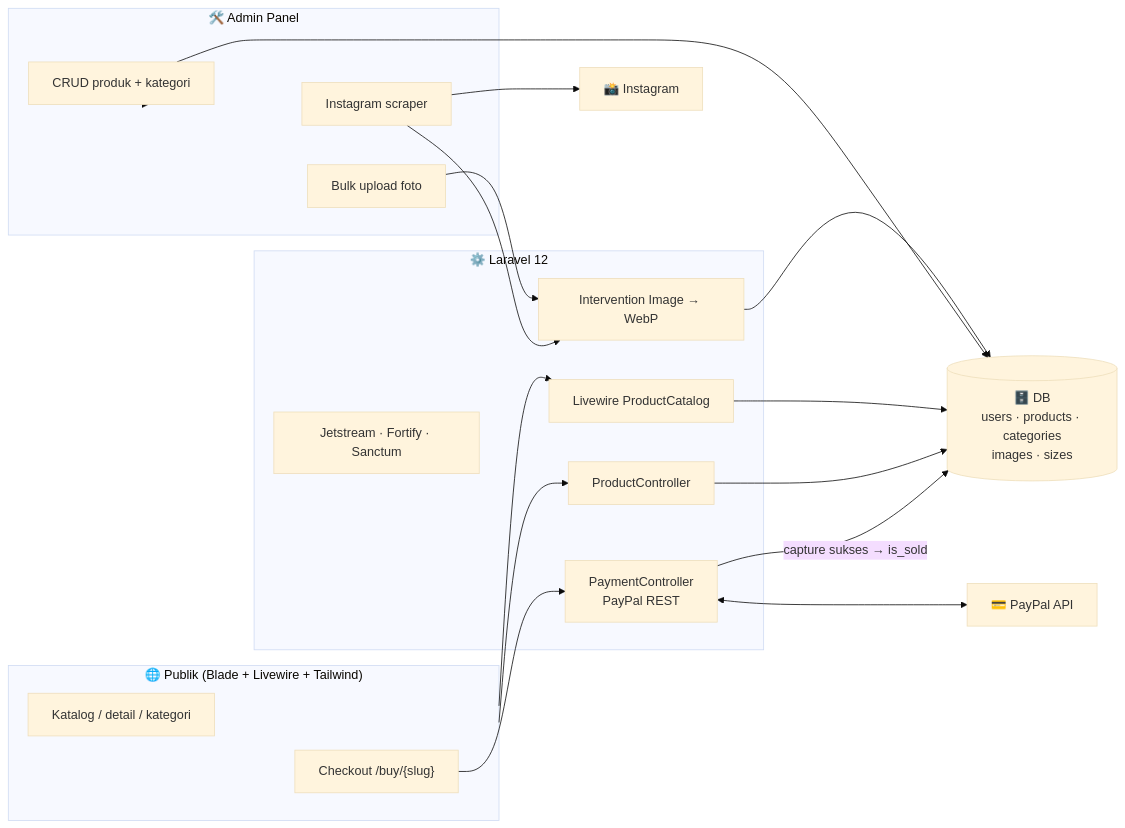
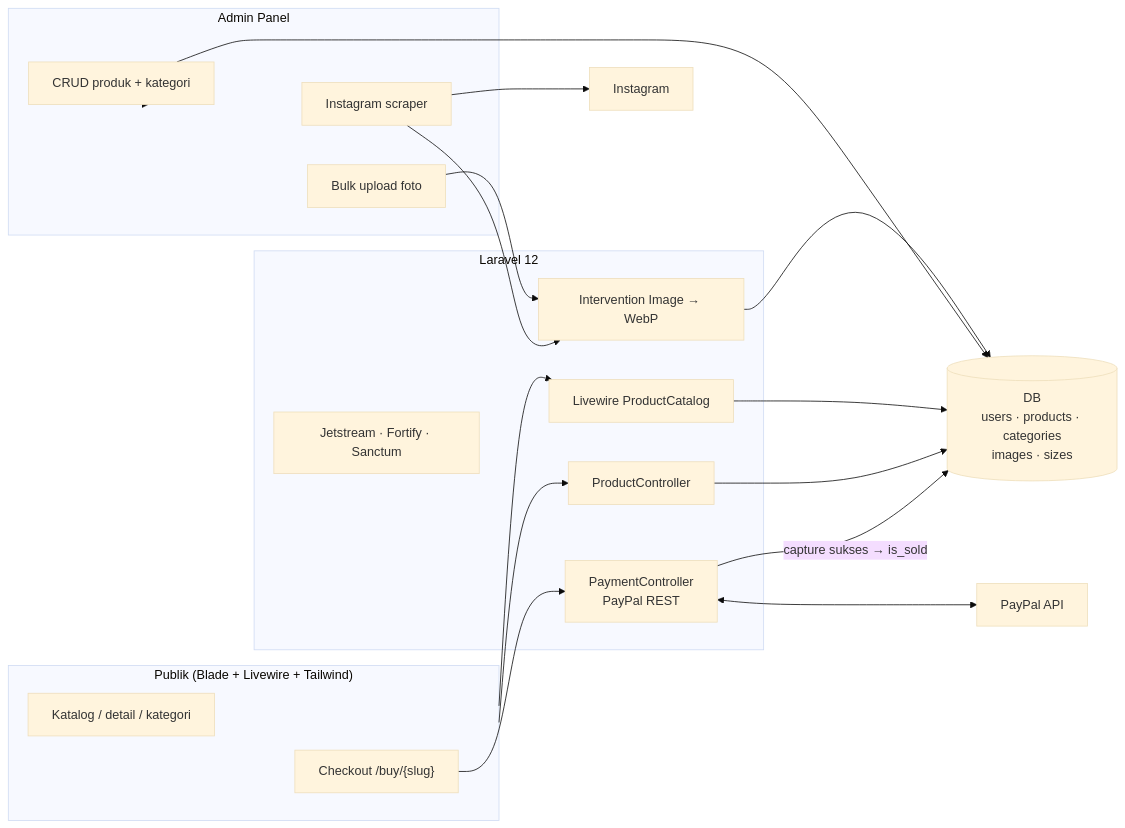
One commit to kandarlubis31/officialsidekick-showcase changed the diagram in README.md. Above: the diagram before and after it, drawn with Mermaid (base theme). The commit also changed other lines of this file, not shown here.

````diff
--- a/README.md
+++ b/README.md
@@ -44,31 +44,31 @@
 ```mermaid
 flowchart LR
-    subgraph FE["🌐 Publik (Blade + Livewire + Tailwind)"]
+    subgraph FE[" Publik (Blade + Livewire + Tailwind)"]
         K["Katalog / detail / kategori"]
         CO["Checkout /buy/{slug}"]
     end
-    subgraph ADM["🛠️ Admin Panel"]
+    subgraph ADM[" Admin Panel"]
         CRUD["CRUD produk + kategori"]
         IG["Instagram scraper"]
         UP["Bulk upload foto"]
     end
-    subgraph BE["⚙️ Laravel 12"]
+    subgraph BE[" Laravel 12"]
         LW["Livewire ProductCatalog"]
         PC["ProductController"]
         IM["Intervention Image → WebP"]
         PP["PaymentController<br/>PayPal REST"]
         AUTH["Jetstream · Fortify · Sanctum"]
     end
-    DB[("🗄️ DB<br/>users · products · categories<br/>images · sizes")]
-    PPAL["💳 PayPal API"]
-    IGAPI["📸 Instagram"]
+    DB[(" DB<br/>users · products · categories<br/>images · sizes")]
+    PPAL[" PayPal API"]
+    IGAPI[" Instagram"]
     ADM --> IG & UP & CRUD
     IG --> IGAPI
     UP & IG --> IM --> DB
     CRUD --> DB
     FE --> LW & PC & CO
     LW & PC --> DB
     CO --> PP <--> PPAL
     PP -->|"capture sukses → is_sold"| DB
     AUTH --- BE
 ```
````
